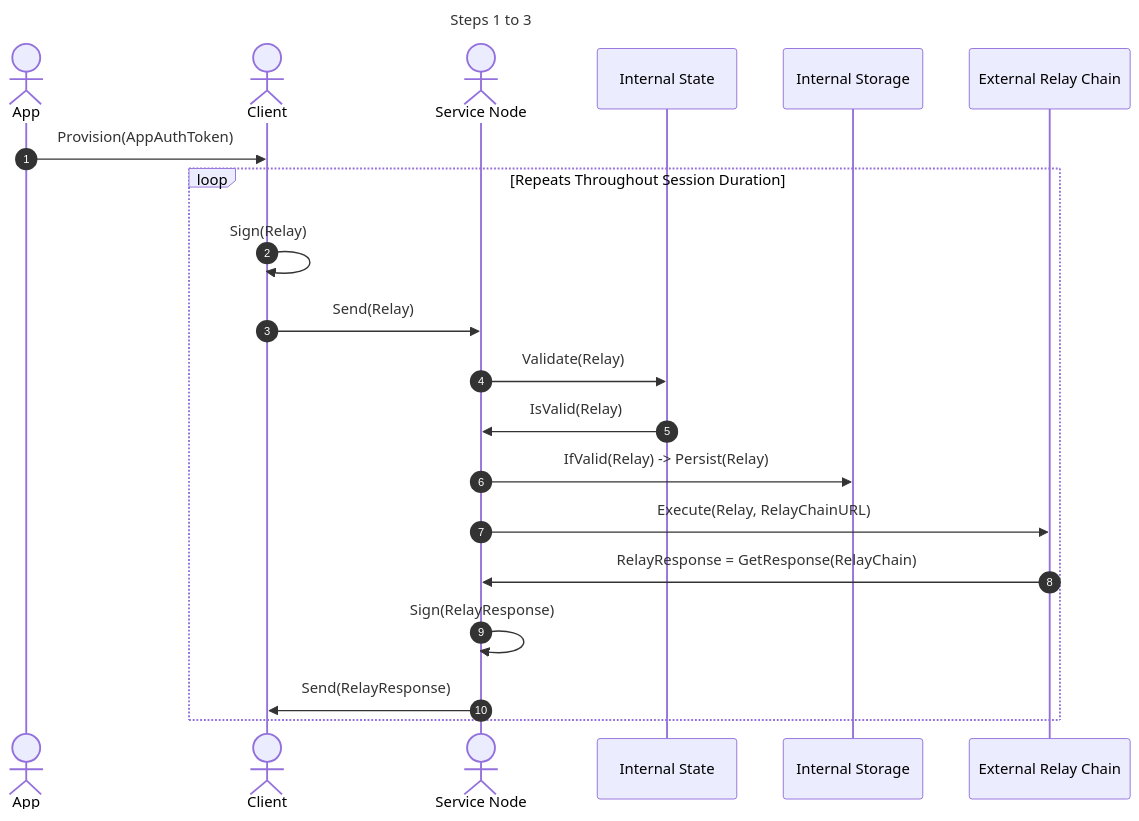
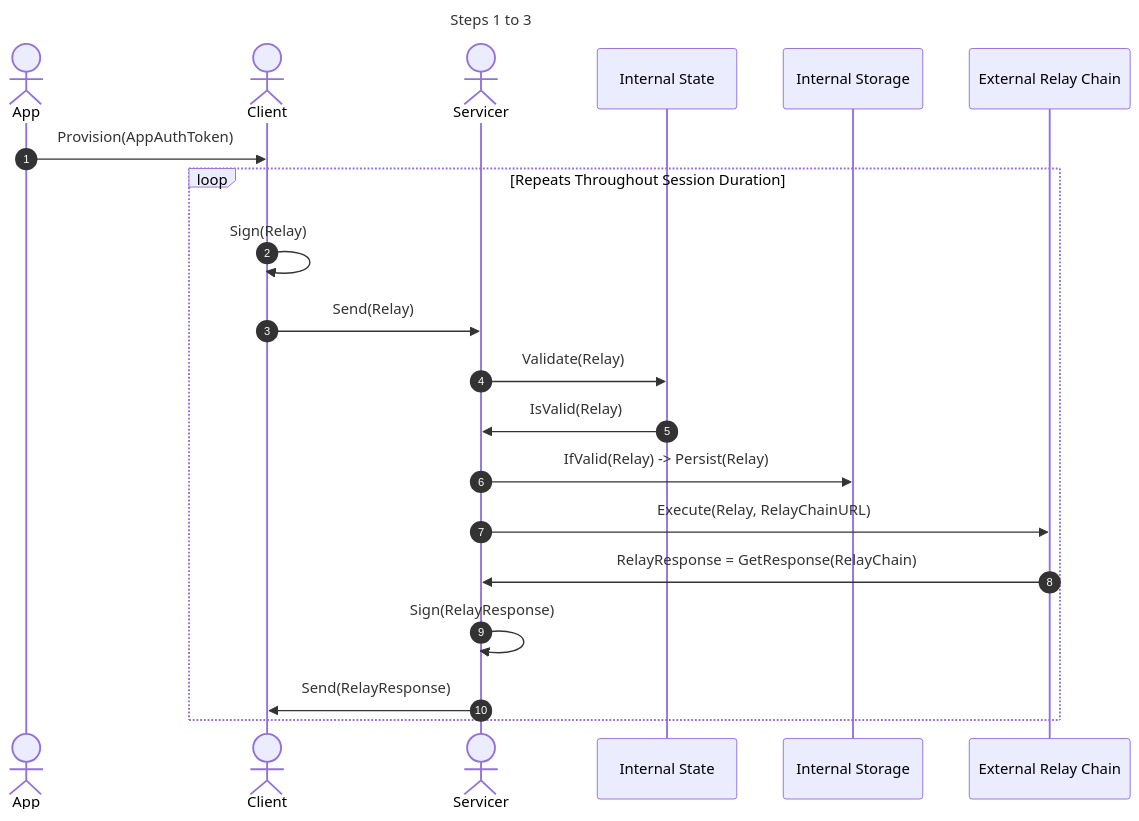
Before and after one commit to pokt-network/pocket: the first of 5 diagrams in utility/doc/PROTOCOL_RELAY.md, drawn with Mermaid. The commit also changed other lines of this file and 56 other files, not shown here.

````diff
--- a/utility/doc/PROTOCOL_RELAY.md
+++ b/utility/doc/PROTOCOL_RELAY.md
@@ -20,23 +20,23 @@
 ```mermaid
 sequenceDiagram
     title Steps 1 to 3
     autonumber
     actor App
     actor Client
-    actor Service Node
+    actor Servicer
     participant Internal State
     participant Internal Storage
     participant External Relay Chain
     App->>Client: Provision(AppAuthToken)
     loop Repeats Throughout Session Duration
         Client->>Client: Sign(Relay)
-        Client->>Service Node: Send(Relay)
-        Service Node->>Internal State: Validate(Relay)
-        Internal State->>Service Node: IsValid(Relay)
-        Service Node->>Internal Storage: IfValid(Relay) -> Persist(Relay)
-        Service Node->>External Relay Chain: Execute(Relay, RelayChainURL)
-        External Relay Chain->>Service Node: RelayResponse = GetResponse(RelayChain)
-        Service Node->>Service Node: Sign(RelayResponse)
-        Service Node ->> Client: Send(RelayResponse)
+        Client->>Servicer: Send(Relay)
+        Servicer->>Internal State: Validate(Relay)
+        Internal State->>Servicer: IsValid(Relay)
+        Servicer->>Internal Storage: IfValid(Relay) -> Persist(Relay)
+        Servicer->>External Relay Chain: Execute(Relay, RelayChainURL)
+        External Relay Chain->>Servicer: RelayResponse = GetResponse(RelayChain)
+        Servicer->>Servicer: Sign(RelayResponse)
+        Servicer ->> Client: Send(RelayResponse)
     end
 ```
````
